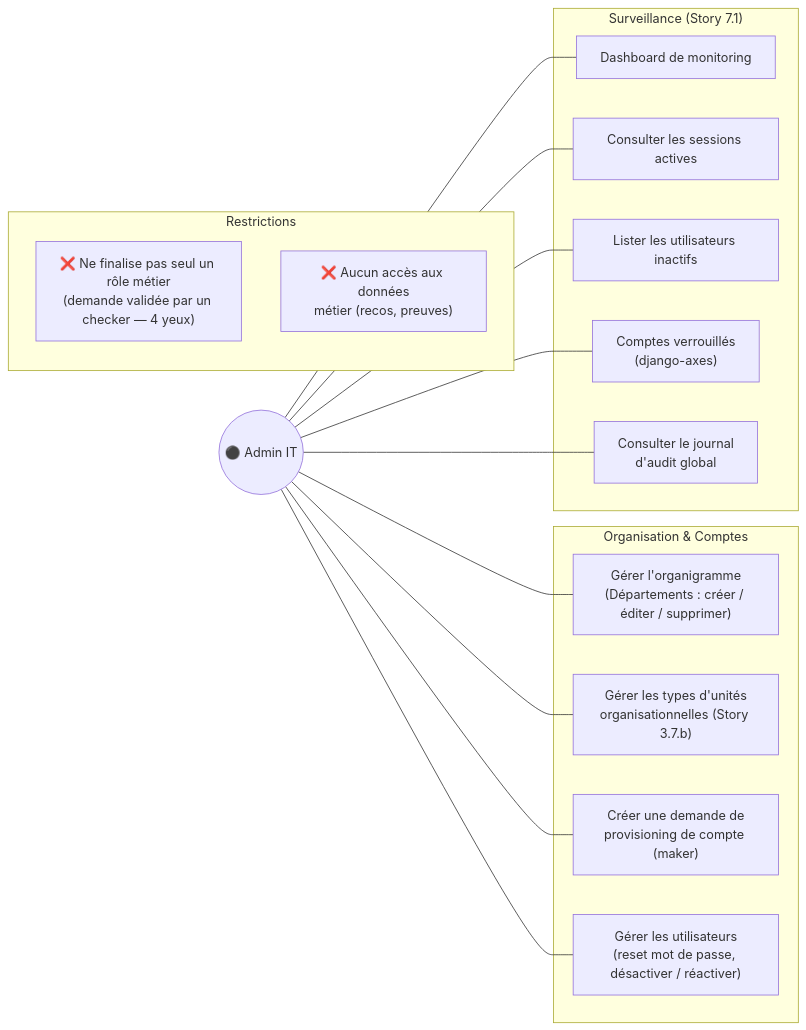
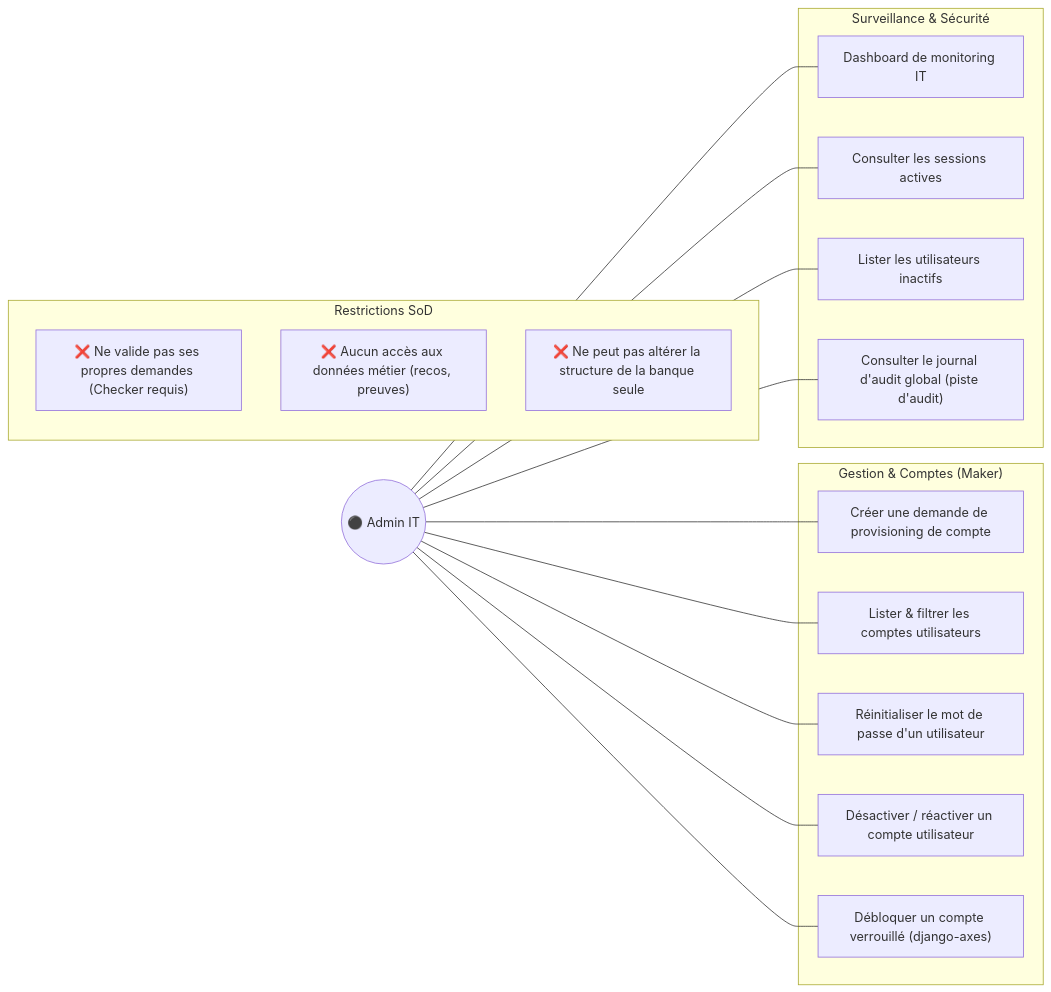
Before and after one commit to Tchendjou2003/bicec--Sentinel: diagram 19 of 26 in _bmad-output/planning-artifacts/system-diagrams.md, drawn with Mermaid. The commit also changed other lines of this file, not shown here.

Commit message:
docs(bmad): mise à jour system-diagrams.md v2.0

````diff
--- a/_bmad-output/planning-artifacts/system-diagrams.md
+++ b/_bmad-output/planning-artifacts/system-diagrams.md
@@ -1189,34 +1250,35 @@
 ```mermaid
 flowchart LR
-    subgraph "Organisation & Comptes"
-        UC1["Gérer l'organigramme\n(Départements : créer / éditer / supprimer)"]
-        UC2["Gérer les types d'unités\norganisationnelles (Story 3.7.b)"]
-        UC3["Créer une demande de\nprovisioning de compte (maker)"]
-        UC4["Gérer les utilisateurs\n(reset mot de passe, désactiver / réactiver)"]
-    end
+  subgraph "Gestion & Comptes (Maker)"
+    UC1["Créer une demande de provisioning de compte"]
+    UC2["Lister & filtrer les comptes utilisateurs"]
+    UC3["Réinitialiser le mot de passe d'un utilisateur"]
+    UC4["Désactiver / réactiver un compte utilisateur"]
+    UC5["Débloquer un compte verrouillé (django-axes)"]
+  end
 
-    subgraph "Surveillance (Story 7.1)"
-        UC5["Dashboard de monitoring"]
-        UC6["Consulter les sessions actives"]
-        UC7["Lister les utilisateurs inactifs"]
-        UC8["Comptes verrouillés\n(django-axes)"]
-        UC9["Consulter le journal\nd'audit global"]
-    end
+  subgraph "Surveillance & Sécurité"
+    UC6["Dashboard de monitoring IT"]
+    UC7["Consulter les sessions actives"]
+    UC8["Lister les utilisateurs inactifs"]
+    UC9["Consulter le journal d'audit global (piste d'audit)"]
+  end
 
-    subgraph "Restrictions"
-        R1["❌ Ne finalise pas seul un rôle métier\n(demande validée par un checker — 4 yeux)"]
-        R2["❌ Aucun accès aux données\nmétier (recos, preuves)"]
-    end
+  subgraph "Restrictions SoD"
+    R1["❌ Ne valide pas ses propres demandes (Checker requis)"]
+    R2["❌ Aucun accès aux données métier (recos, preuves)"]
+    R3["❌ Ne peut pas altérer la structure de la banque seule"]
+  end
 
-    ADMIN(("⚫ Admin IT"))
+  ADMIN(("⚫ Admin IT"))
 
-    ADMIN --- UC1
-    ADMIN --- UC2
-    ADMIN --- UC3
-    ADMIN --- UC4
-    ADMIN --- UC5
-    ADMIN --- UC6
-    ADMIN --- UC7
-    ADMIN --- UC8
-    ADMIN --- UC9
+  ADMIN --- UC1
+  ADMIN --- UC2
+  ADMIN --- UC3
+  ADMIN --- UC4
+  ADMIN --- UC5
+  ADMIN --- UC6
+  ADMIN --- UC7
+  ADMIN --- UC8
+  ADMIN --- UC9
 ```
````
